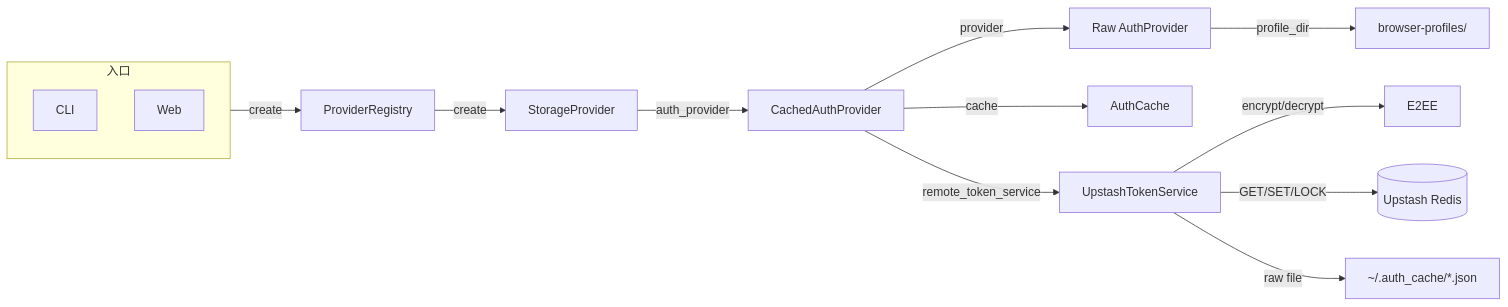
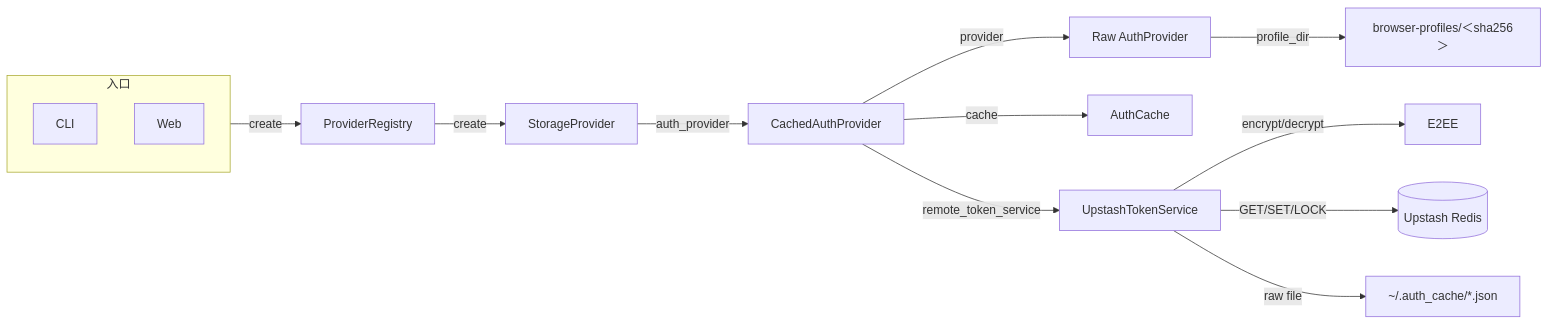
The fifth of 5 diagrams in docs/mechanisms/01-system-overview.md (s96281/drive-unix), drawn with Mermaid before and after one commit. The commit also changed other lines of this file and 11 other files, not shown here.

Commit message:
docs(mechanisms): quote all mermaid labels to fix rendering

````diff
--- a/docs/mechanisms/01-system-overview.md
+++ b/docs/mechanisms/01-system-overview.md
@@ -145,17 +145,17 @@
 ```mermaid
 flowchart LR
-    subgraph Entry[入口]
-        CLI[CLI]
-        Web[Web]
+    subgraph Entry["入口"]
+        CLI["CLI"]
+        Web["Web"]
     end
-    Entry -->|create| Registry[ProviderRegistry]
-    Registry -->|create| Provider[StorageProvider]
-    Provider -->|auth_provider| Cached[CachedAuthProvider]
-    Cached -->|provider| Raw[Raw AuthProvider]
-    Cached -->|cache| AuthCache[AuthCache]
-    Cached -->|remote_token_service| TokenSvc[UpstashTokenService]
-    TokenSvc -->|encrypt/decrypt| Crypto[E2EE]
-    TokenSvc -->|GET/SET/LOCK| Upstash[(Upstash Redis)]
-    TokenSvc -->|raw file| TokenFile[~/.auth_cache/*.json]
-    Raw -->|profile_dir| BrowserProfile[browser-profiles/<sha256>]
+    Entry -->|create| Registry["ProviderRegistry"]
+    Registry -->|create| Provider["StorageProvider"]
+    Provider -->|auth_provider| Cached["CachedAuthProvider"]
+    Cached -->|provider| Raw["Raw AuthProvider"]
+    Cached -->|cache| AuthCache["AuthCache"]
+    Cached -->|remote_token_service| TokenSvc["UpstashTokenService"]
+    TokenSvc -->|encrypt/decrypt| Crypto["E2EE"]
+    TokenSvc -->|GET/SET/LOCK| Upstash[("Upstash Redis")]
+    TokenSvc -->|raw file| TokenFile["~/.auth_cache/*.json"]
+    Raw -->|profile_dir| BrowserProfile["browser-profiles/＜sha256＞"]
 ```
````
